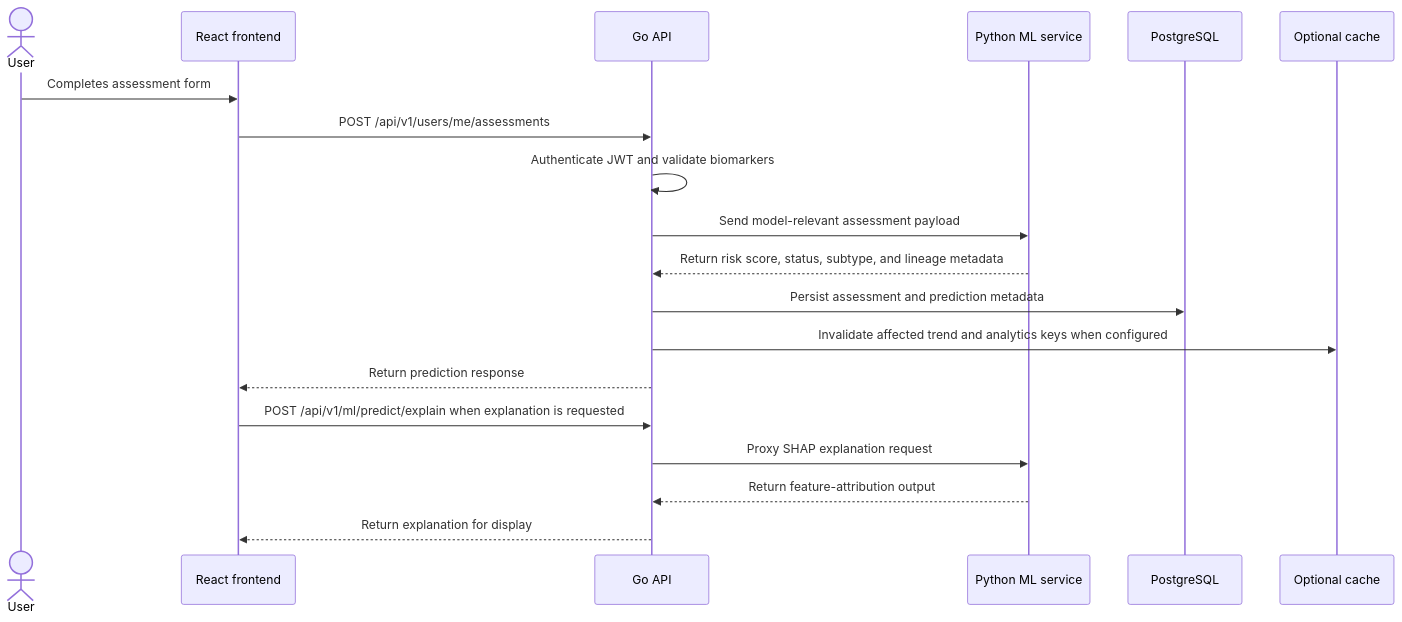
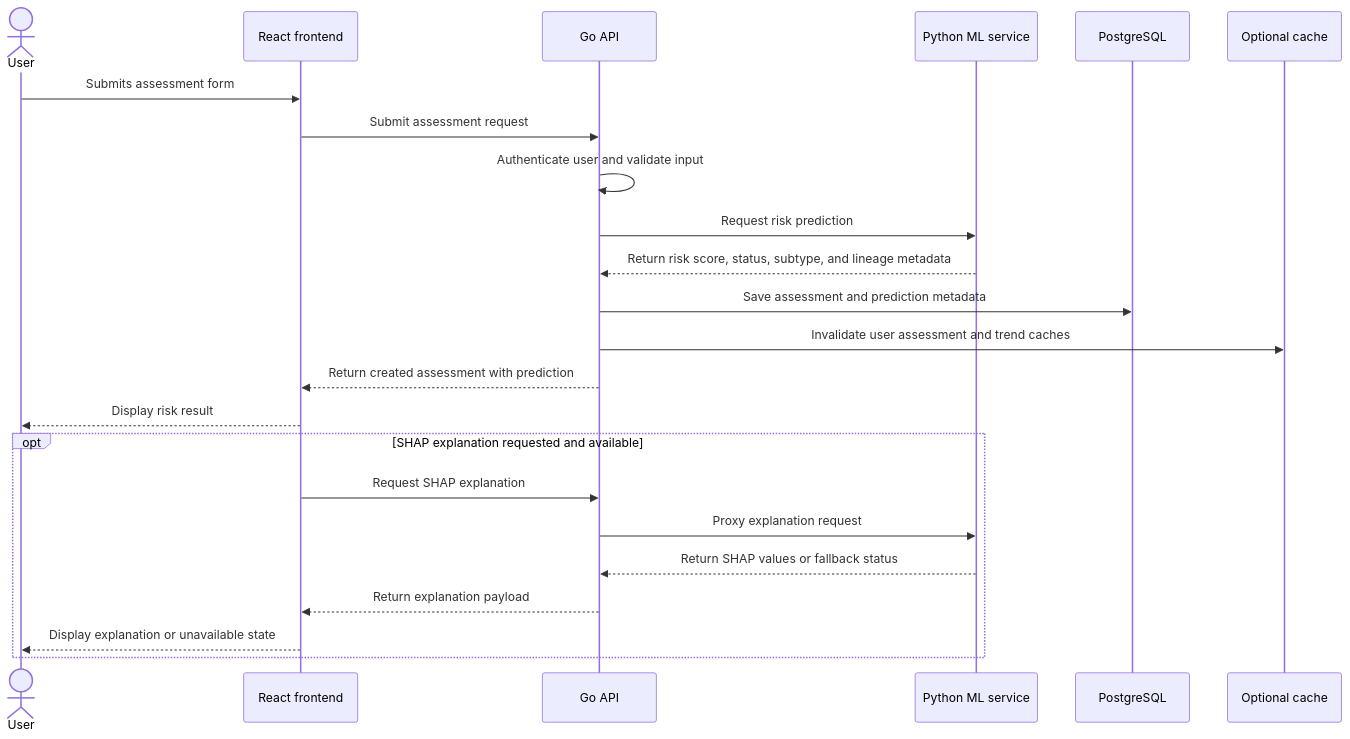
The fifth of 5 diagrams in docs/07-research/thesis-drafts/ch3+4-final-academic-draft.md (Skufu/DianaV2), drawn with Mermaid before and after one commit. The commit also changed other lines of this file, not shown here.

Commit message:
Refine thesis architecture section

````diff
--- a/docs/07-research/thesis-drafts/ch3+4-final-academic-draft.md
+++ b/docs/07-research/thesis-drafts/ch3+4-final-academic-draft.md
@@ -355,22 +355,27 @@
 ```mermaid
 sequenceDiagram
     actor User
     participant FE as React frontend
     participant API as Go API
     participant ML as Python ML service
     participant DB as PostgreSQL
     participant Cache as Optional cache
 
-    User->>FE: Completes assessment form
-    FE->>API: POST /api/v1/users/me/assessments
-    API->>API: Authenticate JWT and validate biomarkers
-    API->>ML: Send model-relevant assessment payload
+    User->>FE: Submits assessment form
+    FE->>API: Submit assessment request
+    API->>API: Authenticate user and validate input
+    API->>ML: Request risk prediction
     ML-->>API: Return risk score, status, subtype, and lineage metadata
-    API->>DB: Persist assessment and prediction metadata
-    API->>Cache: Invalidate affected trend and analytics keys when configured
-    API-->>FE: Return prediction response
-    FE->>API: POST /api/v1/ml/predict/explain when explanation is requested
-    API->>ML: Proxy SHAP explanation request
-    ML-->>API: Return feature-attribution output
-    API-->>FE: Return explanation for display
+    API->>DB: Save assessment and prediction metadata
+    API->>Cache: Invalidate user assessment and trend caches
+    API-->>FE: Return created assessment with prediction
+    FE-->>User: Display risk result
+
+    opt SHAP explanation requested and available
+        FE->>API: Request SHAP explanation
+        API->>ML: Proxy explanation request
+        ML-->>API: Return SHAP values or fallback status
+        API-->>FE: Return explanation payload
+        FE-->>User: Display explanation or unavailable state
+    end
 ```
````
